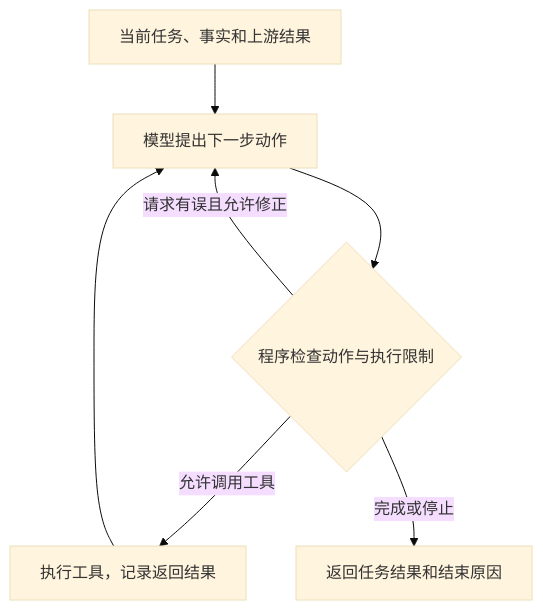
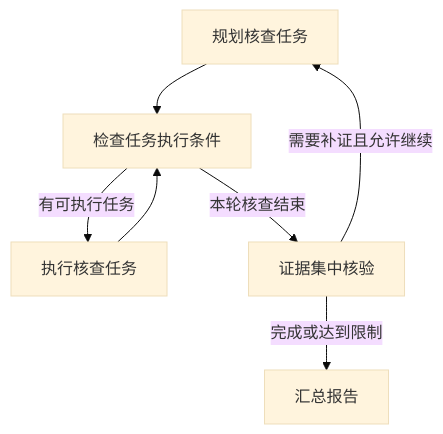
Before and after one commit to WBX1009/resume-phrasing: the diagram in 学习记录/案件研判/任务编排.md, drawn with Mermaid (base theme). The commit also changed other lines of this file, not shown here.

````diff
--- a/学习记录/案件研判/任务编排.md
+++ b/学习记录/案件研判/任务编排.md
@@ -248,9 +59,9 @@
 ```mermaid
 flowchart TD
-    I["当前任务、事实和上游结果"] --> M["模型提出下一步动作"]
-    M --> C{"程序检查动作与执行限制"}
-    C -->|"允许调用工具"| T["执行工具，记录返回结果"]
-    T --> M
-    C -->|"请求有误且允许修正"| M
-    C -->|"完成或停止"| O["返回任务结果和结束原因"]
+    P["规划核查任务"] --> D["检查任务执行条件"]
+    D -->|"有可执行任务"| W["执行核查任务"]
+    W --> D
+    D -->|"本轮核查结束"| V["证据集中核验"]
+    V -->|"需要补证且允许继续"| P
+    V -->|"完成或达到限制"| R["汇总报告"]
 ```
````
